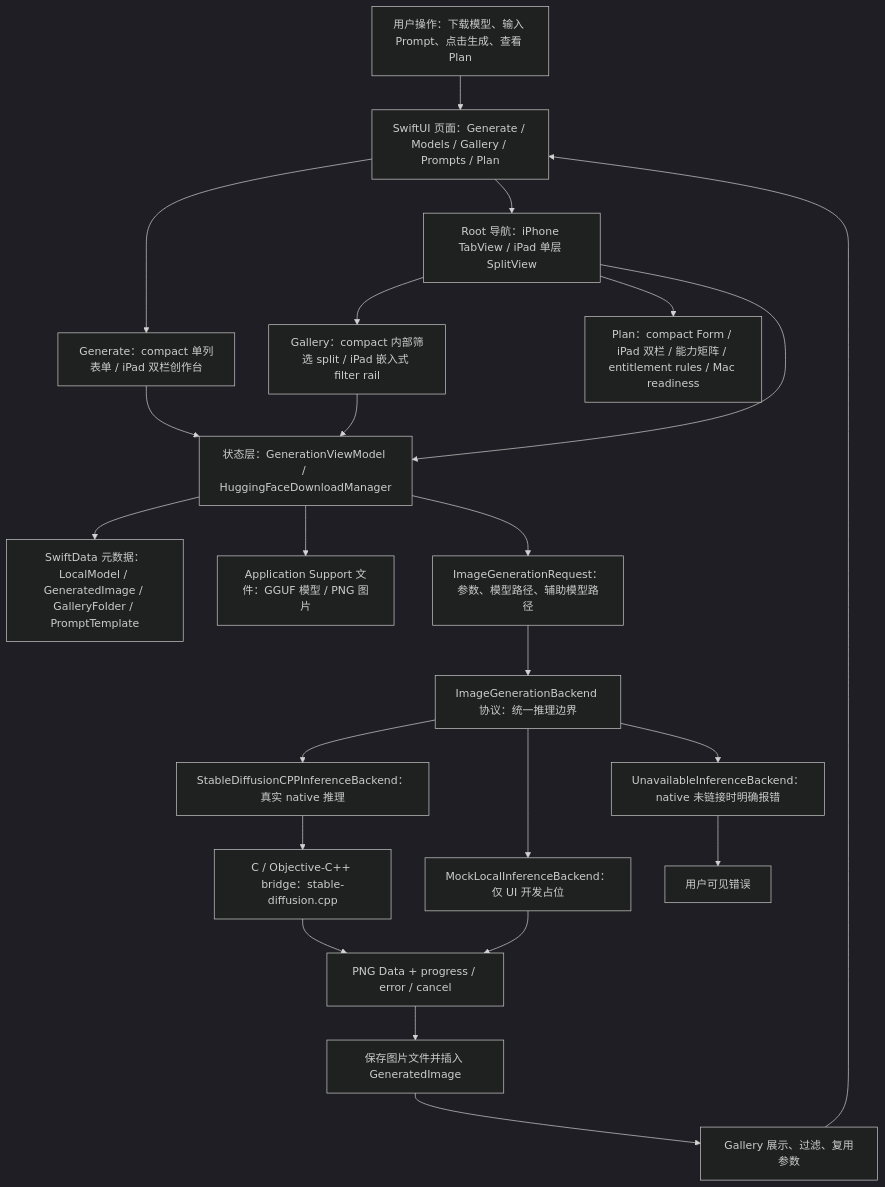
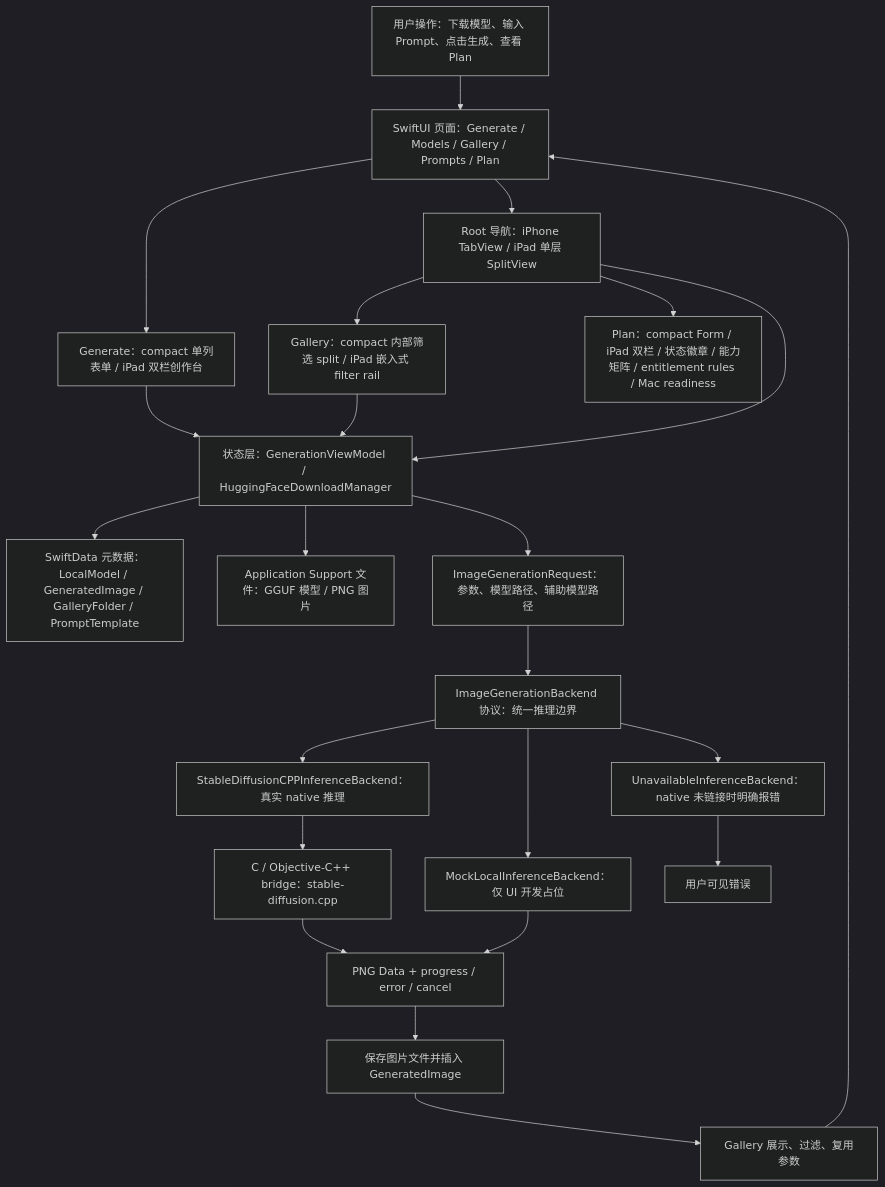
One commit to Altman-sam114/118 changed the first of 7 diagrams in md/flow/flowchart.md. Above: the diagram before and after it, drawn with Mermaid (dark theme). The commit also changed 5 other files, not shown here.

````diff
--- a/md/flow/flowchart.md
+++ b/md/flow/flowchart.md
@@ -9,25 +9,25 @@
 ```mermaid
 flowchart TD
   U["用户操作：下载模型、输入 Prompt、点击生成、查看 Plan"] --> UI["SwiftUI 页面：Generate / Models / Gallery / Prompts / Plan"]
   UI --> GENUI["Generate：compact 单列表单 / iPad 双栏创作台"]
   UI --> NAV["Root 导航：iPhone TabView / iPad 单层 SplitView"]
   NAV --> GALUI["Gallery：compact 内部筛选 split / iPad 嵌入式 filter rail"]
-  NAV --> PLANUI["Plan：compact Form / iPad 双栏 / 能力矩阵 / entitlement rules / Mac readiness"]
+  NAV --> PLANUI["Plan：compact Form / iPad 双栏 / 状态徽章 / 能力矩阵 / entitlement rules / Mac readiness"]
   NAV --> VM["状态层：GenerationViewModel / HuggingFaceDownloadManager"]
   GENUI --> VM
   GALUI --> VM
   VM --> SD["SwiftData 元数据：LocalModel / GeneratedImage / GalleryFolder / PromptTemplate"]
   VM --> FS["Application Support 文件：GGUF 模型 / PNG 图片"]
   VM --> REQ["ImageGenerationRequest：参数、模型路径、辅助模型路径"]
   REQ --> IFACE["ImageGenerationBackend 协议：统一推理边界"]
   IFACE --> NATIVE["StableDiffusionCPPInferenceBackend：真实 native 推理"]
   IFACE --> MOCK["MockLocalInferenceBackend：仅 UI 开发占位"]
   IFACE --> OFF["UnavailableInferenceBackend：native 未链接时明确报错"]
   NATIVE --> BRIDGE["C / Objective-C++ bridge：stable-diffusion.cpp"]
   BRIDGE --> PNG["PNG Data + progress / error / cancel"]
   MOCK --> PNG
   OFF --> ERR["用户可见错误"]
   PNG --> SAVE["保存图片文件并插入 GeneratedImage"]
   SAVE --> GALLERY["Gallery 展示、过滤、复用参数"]
   GALLERY --> UI
 ```
````
